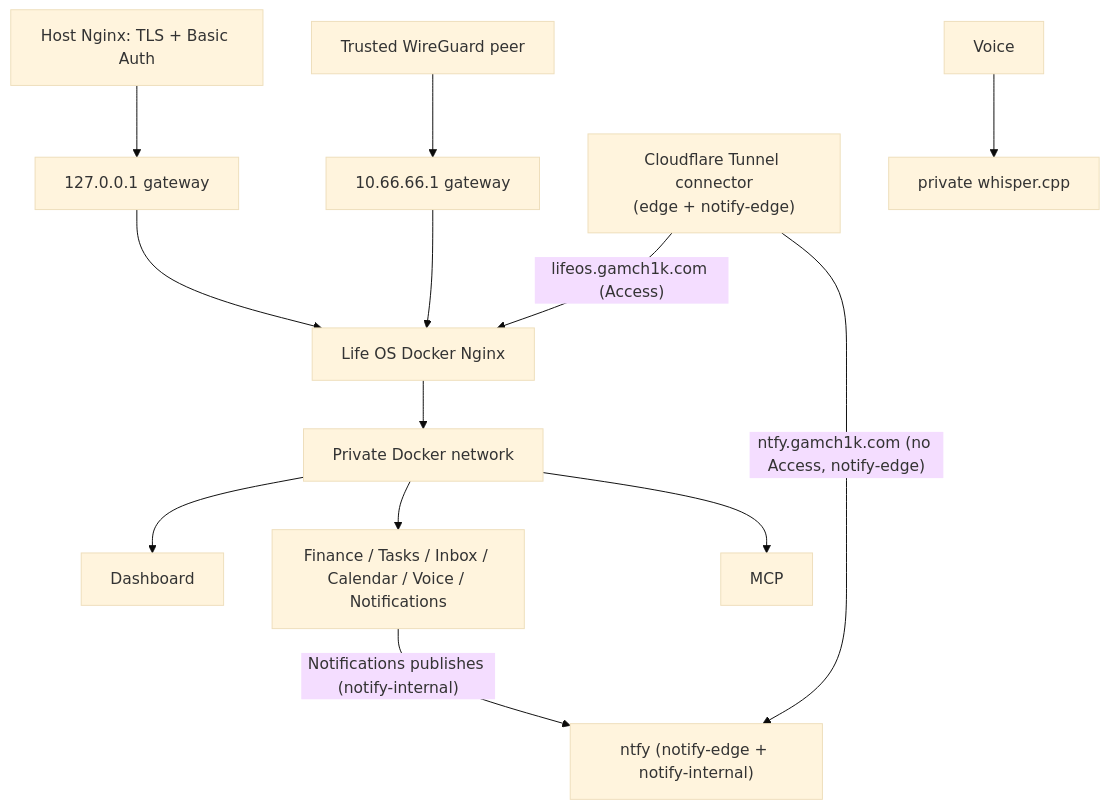
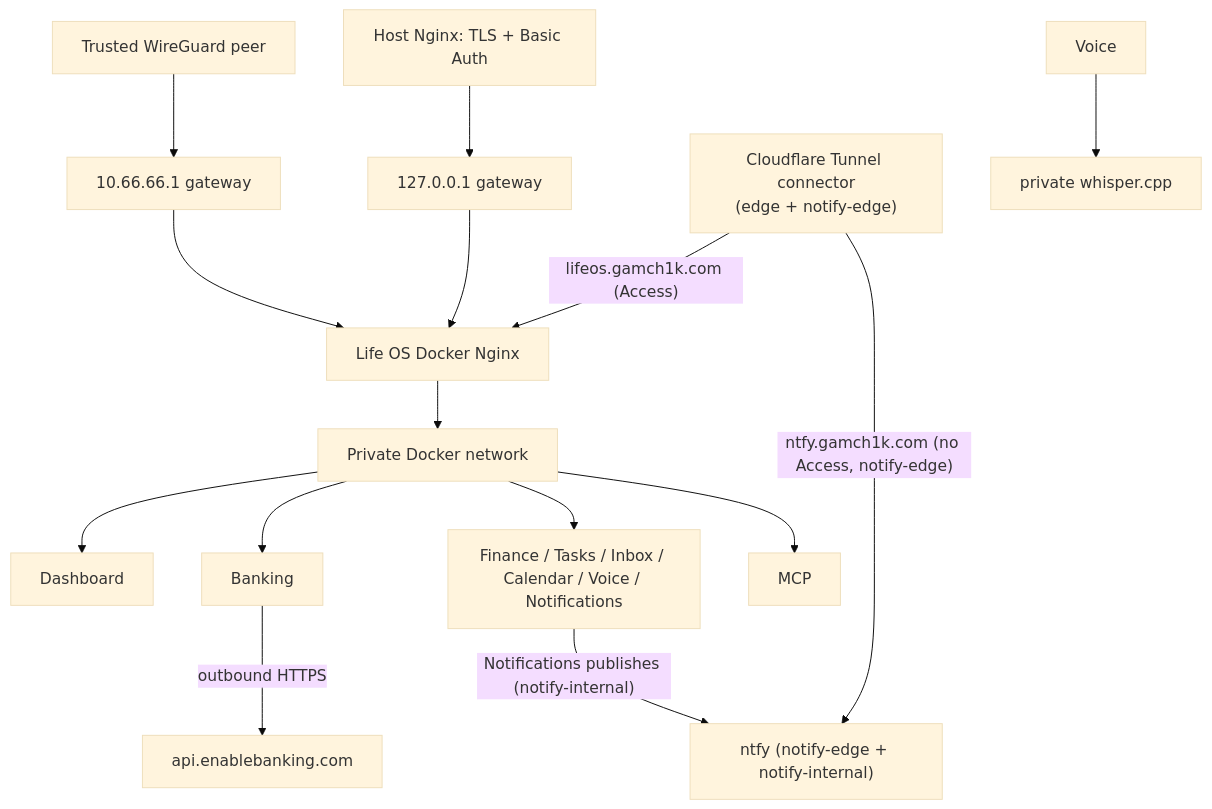
The diagram in docs/architecture/networking.md (GAMch1k/life-os), drawn with Mermaid (base theme) before and after one commit. The commit also changed other lines of this file and 8 other files, not shown here.

````diff
--- a/docs/architecture/networking.md
+++ b/docs/architecture/networking.md
@@ -3,15 +3,17 @@
 ```mermaid
 flowchart TB
  Host[Host Nginx: TLS + Basic Auth] --> Loopback[127.0.0.1 gateway]
  WireGuard[Trusted WireGuard peer] --> WGGateway[10.66.66.1 gateway]
  Tunnel["Cloudflare Tunnel connector<br>(edge + notify-edge)"] -- "lifeos.gamch1k.com (Access)" --> Gateway
  Loopback --> Gateway[Life OS Docker Nginx]
  WGGateway --> Gateway
  Gateway --> Private[Private Docker network]
  Private --> Dashboard
  Private --> APIs[Finance / Tasks / Inbox / Calendar / Voice / Notifications]
+ Private --> Banking
+ Banking -- "outbound HTTPS" --> EB[api.enablebanking.com]
  Private --> MCP
  Voice --> Whisper[private whisper.cpp]
  Tunnel -- "ntfy.gamch1k.com (no Access, notify-edge)" --> Ntfy["ntfy (notify-edge + notify-internal)"]
  APIs -- "Notifications publishes (notify-internal)" --> Ntfy
 ```
````
